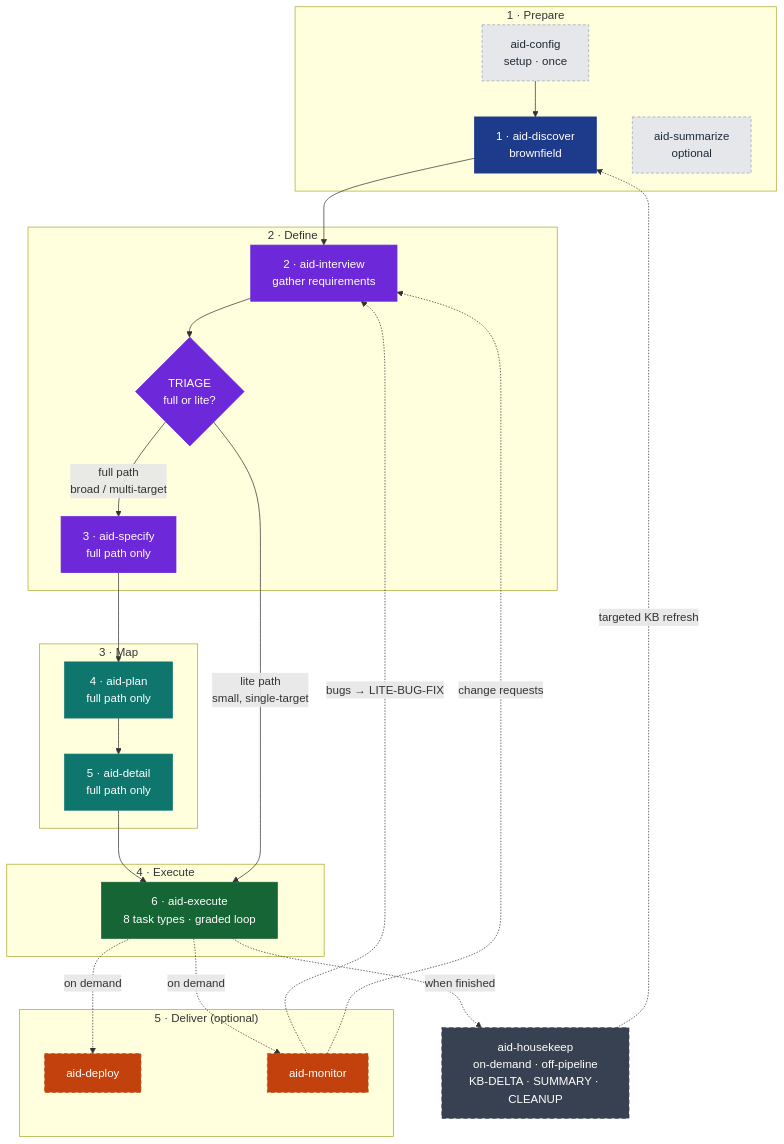
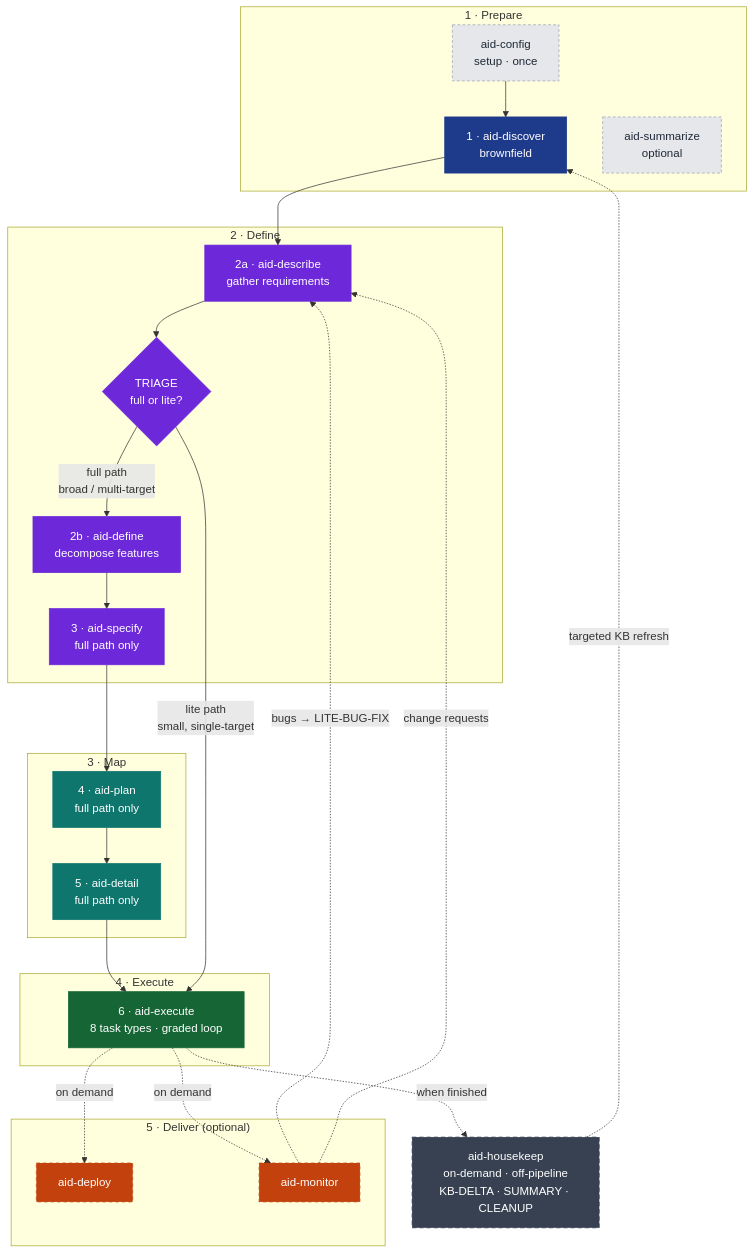
The first of 7 diagrams in docs/aid-methodology.md (AndreVianna/aid-methodology), drawn with Mermaid before and after one commit. The commit also changed other lines of this file and 962 other files, not shown here.

````diff
--- a/docs/aid-methodology.md
+++ b/docs/aid-methodology.md
@@ -26,44 +26,45 @@
 ```mermaid
 flowchart TB
     classDef prep    fill:#1E3A8A,stroke:#1E3A8A,color:#ffffff
     classDef def     fill:#6D28D9,stroke:#6D28D9,color:#ffffff
     classDef map     fill:#0F766E,stroke:#0F766E,color:#ffffff
     classDef exe     fill:#166534,stroke:#166534,color:#ffffff
     classDef delopt  fill:#C2410C,stroke:#C2410C,color:#ffffff,stroke-dasharray:5 4
     classDef aux     fill:#E5E7EB,stroke:#9CA3AF,color:#1F2937,stroke-dasharray:4 3
     classDef offpipe fill:#374151,stroke:#374151,color:#ffffff,stroke-dasharray:6 4
 
     subgraph G1[" 1 · Prepare "]
         Init["aid-config<br/>setup · once"]:::aux
         Disc["1 · aid-discover<br/>brownfield"]:::prep
         Sum["aid-summarize<br/>optional"]:::aux
     end
     subgraph G2[" 2 · Define "]
-        Intv["2 · aid-interview<br/>gather requirements"]:::def
+        Desc["2a · aid-describe<br/>gather requirements"]:::def
         Triage{"TRIAGE<br/>full or lite?"}:::def
+        Def["2b · aid-define<br/>decompose features"]:::def
         Spec["3 · aid-specify<br/>full path only"]:::def
     end
     subgraph G3[" 3 · Map "]
         Plan["4 · aid-plan<br/>full path only"]:::map
         Det["5 · aid-detail<br/>full path only"]:::map
     end
     subgraph G4[" 4 · Execute "]
         Exe["6 · aid-execute<br/>8 task types · graded loop"]:::exe
     end
     subgraph G5[" 5 · Deliver (optional) "]
         Dep["aid-deploy"]:::delopt
         Mon["aid-monitor"]:::delopt
     end
 
     HK["aid-housekeep<br/>on-demand · off-pipeline<br/>KB-DELTA · SUMMARY · CLEANUP"]:::offpipe
 
-    Init --> Disc --> Intv --> Triage
-    Triage -- "full path<br/>broad / multi-target" --> Spec --> Plan --> Det --> Exe
+    Init --> Disc --> Desc --> Triage
+    Triage -- "full path<br/>broad / multi-target" --> Def --> Spec --> Plan --> Det --> Exe
     Triage -- "lite path<br/>small, single-target" --> Exe
     Exe -. "on demand" .-> Dep
     Exe -. "on demand" .-> Mon
     Exe -. "when finished" .-> HK
-    Mon -. "bugs → LITE-BUG-FIX" .-> Intv
-    Mon -. "change requests" .-> Intv
+    Mon -. "bugs → LITE-BUG-FIX" .-> Desc
+    Mon -. "change requests" .-> Desc
     HK  -. "targeted KB refresh" .-> Disc
 ```
````
